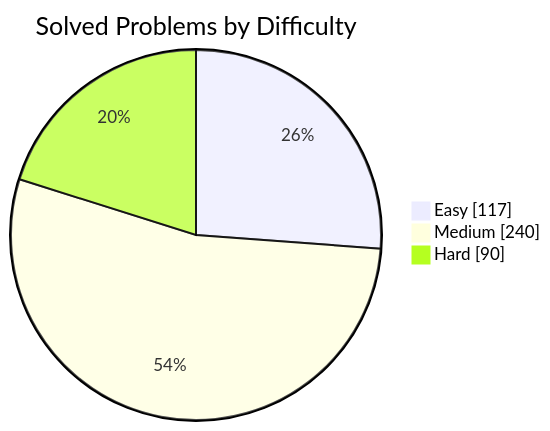
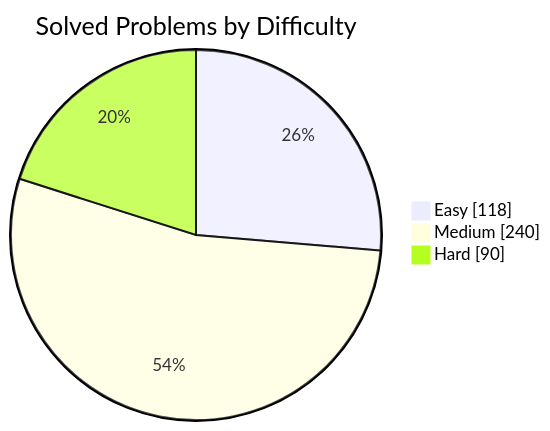
One commit to manikantbindass/DSA-Preparation-FAANG changed the first of 2 diagrams in README.md. Above: the diagram before and after it, drawn with Mermaid. The commit also changed other lines of this file and 1 other file, not shown here.

````diff
--- a/README.md
+++ b/README.md
@@ -77,7 +77,7 @@
 ```mermaid
 pie showData
     title Solved Problems by Difficulty
-    "Easy" : 117
+    "Easy" : 118
     "Medium" : 240
     "Hard" : 90
 ```
````
